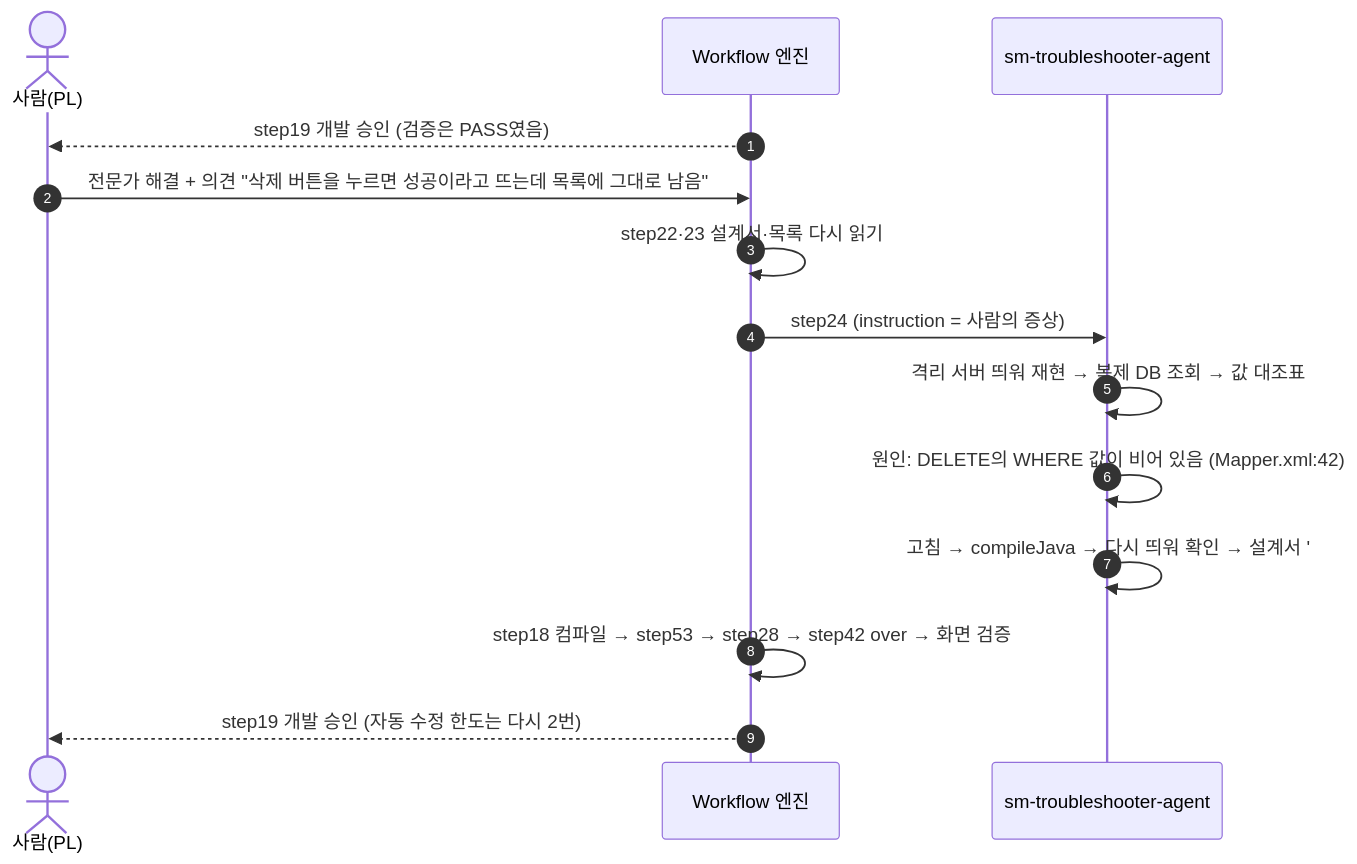
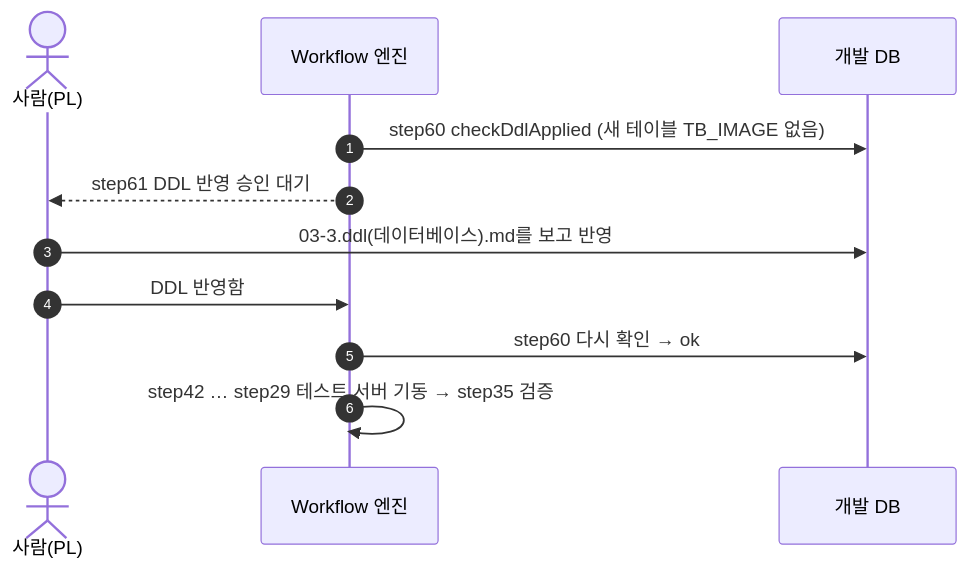
One commit to YongSoekChoeng/dstone changed diagram 24 of 24 in docs/09.dstone-ai-engine-sm-workflow.md. Above: the diagram before and after it, drawn with Mermaid. The commit also changed other lines of this file and 55 other files, not shown here.

````diff
--- a/docs/09.dstone-ai-engine-sm-workflow.md
+++ b/docs/09.dstone-ai-engine-sm-workflow.md
@@ -1700,16 +1693,13 @@
 ```mermaid
 sequenceDiagram
     autonumber
     actor PL as 사람(PL)
     participant WF as Workflow 엔진
-    participant TS as sm-troubleshooter-agent
-    WF-->>PL: step19 개발 승인 (검증은 PASS였음)
-    PL->>WF: 전문가 해결 + 의견 "삭제 버튼을 누르면 성공이라고 뜨는데 목록에 그대로 남음"
-    WF->>WF: step22·23 설계서·목록 다시 읽기
-    WF->>TS: step24 (instruction = 사람의 증상)
-    TS->>TS: 격리 서버 띄워 재현 → 복제 DB 조회 → 값 대조표
-    TS->>TS: 원인: DELETE의 WHERE 값이 비어 있음 (Mapper.xml:42)
-    TS->>TS: 고침 → compileJava → 다시 띄워 확인 → 설계서 '## 수정 이력'
-    WF->>WF: step18 컴파일 → step53 → step28 → step42 over → 화면 검증
-    WF-->>PL: step19 개발 승인 (자동 수정 한도는 다시 2번)
+    participant DB as 개발 DB
+    WF->>DB: step60 checkDdlApplied (새 테이블 TB_IMAGE 없음)
+    WF-->>PL: step61 DDL 반영 승인 대기
+    PL->>DB: 03-3.ddl(데이터베이스).md를 보고 반영
+    PL->>WF: DDL 반영함
+    WF->>DB: step60 다시 확인 → ok
+    WF->>WF: step42 … step29 테스트 서버 기동 → step35 검증
 ```
````
